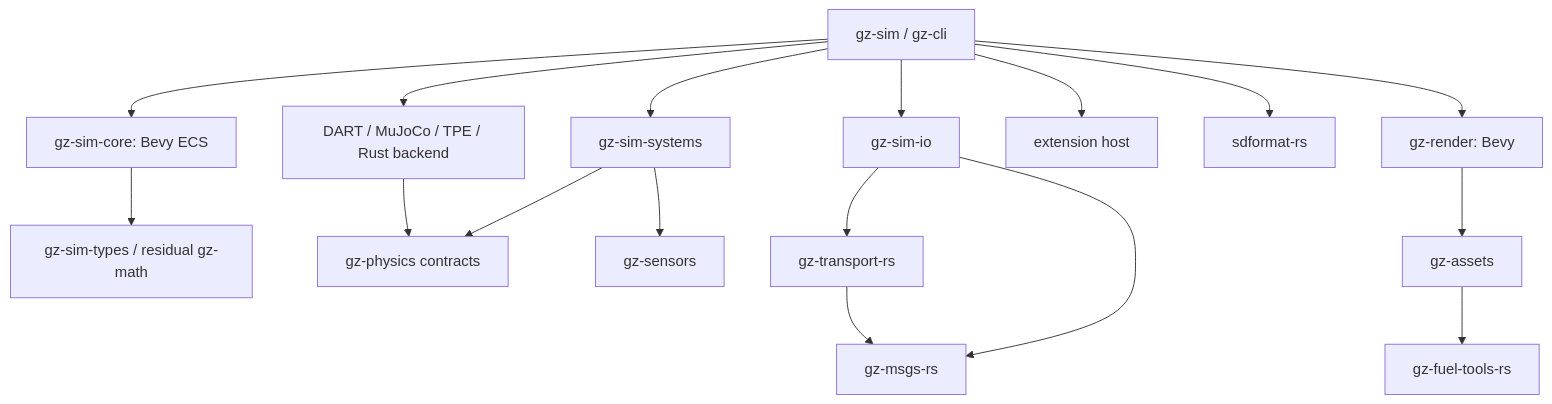
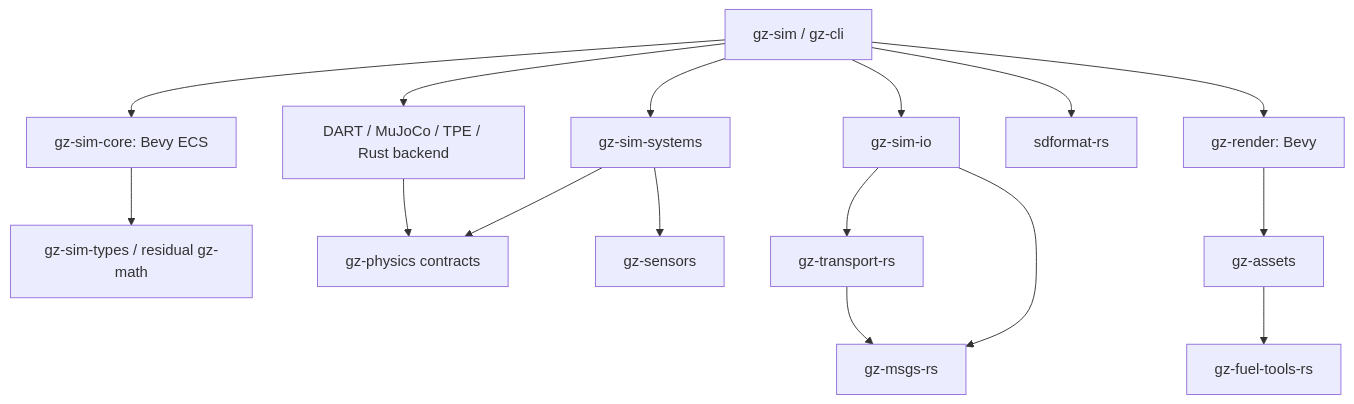
The diagram in docs/ARCHITECTURE.md (gazebosim-rs/gz-sim-rs), drawn with Mermaid before and after one commit. The commit also changed other lines of this file and 8 other files, not shown here.

````diff
--- a/docs/ARCHITECTURE.md
+++ b/docs/ARCHITECTURE.md
@@ -34,19 +33,18 @@
 ```mermaid
 flowchart TD
     Server["gz-sim / gz-cli"] --> Core["gz-sim-core: Bevy ECS"]
     Server --> Systems["gz-sim-systems"]
     Server --> IO["gz-sim-io"]
     Server --> Render["gz-render: Bevy"]
-    Server --> Extensions["extension host"]
     Core --> Types["gz-sim-types / residual gz-math"]
     Systems --> Physics["gz-physics contracts"]
     Systems --> Sensors["gz-sensors"]
     Render --> Assets["gz-assets"]
     Assets --> Fuel["gz-fuel-tools-rs"]
     IO --> Transport["gz-transport-rs"]
     IO --> Messages["gz-msgs-rs"]
     Transport --> Messages
     Server --> SDF["sdformat-rs"]
     Server --> Engines["DART / MuJoCo / TPE / Rust backend"]
     Engines --> Physics
 ```
````
